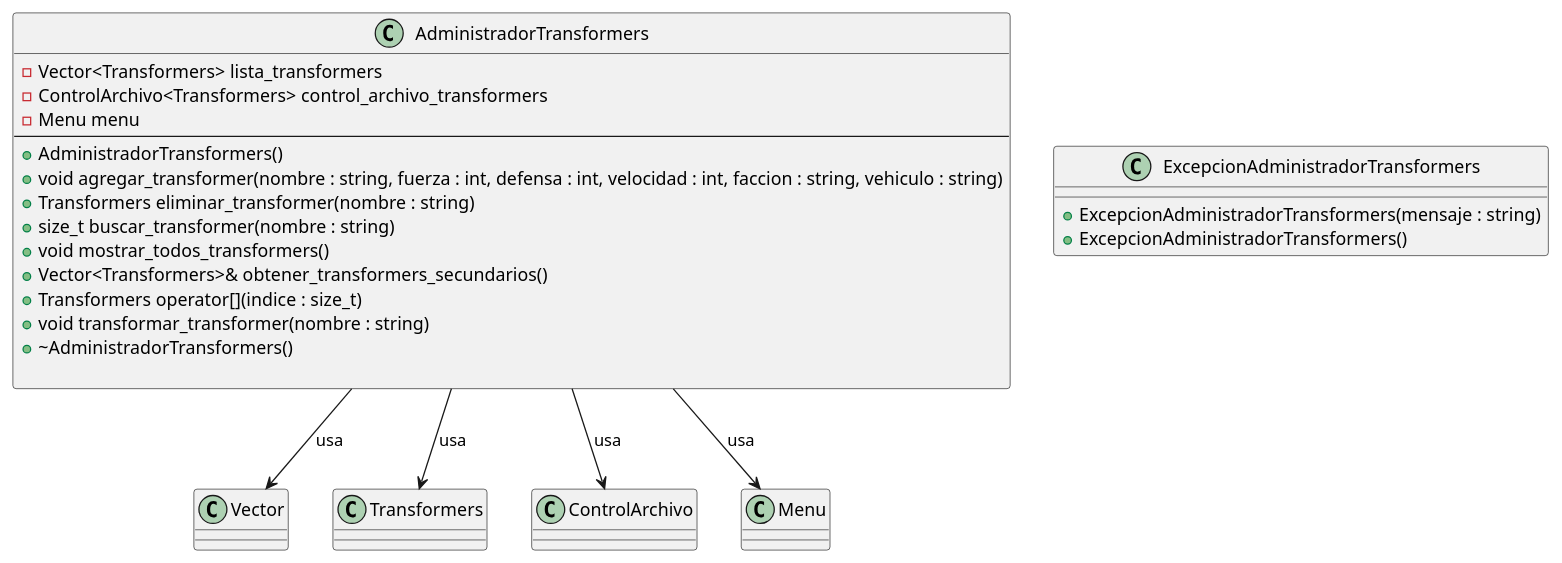
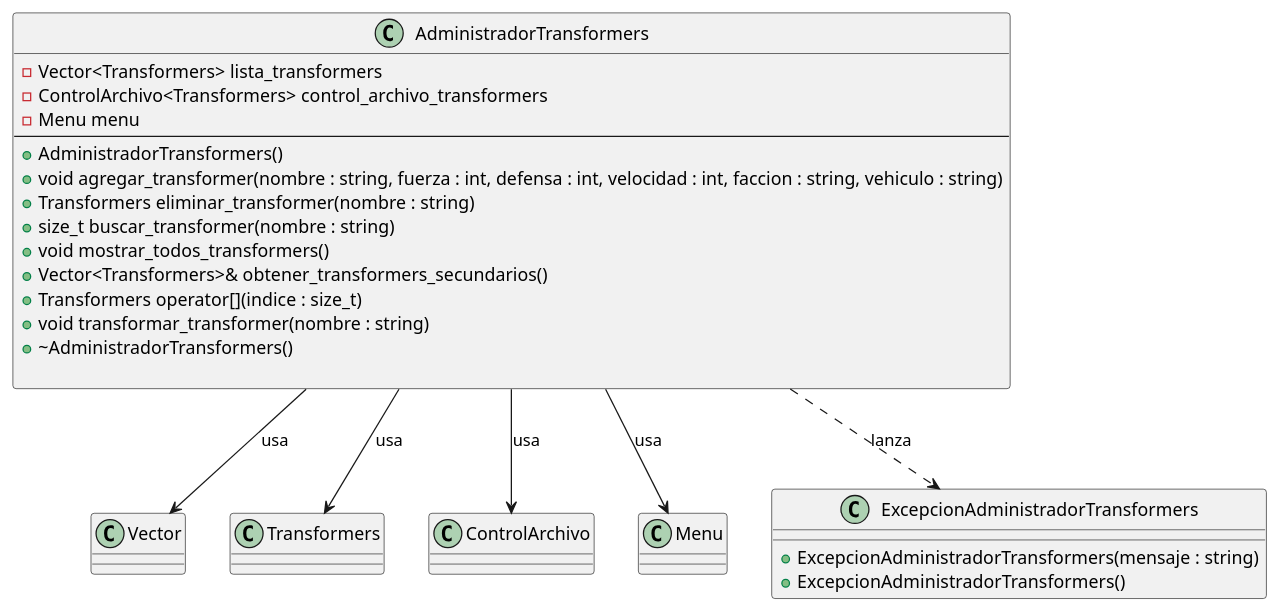
The diagram in Diagramas-UML/AdminTransformers.puml (guillsil/Transformers-Game), drawn with PlantUML before and after one commit. The commit also changed 3 other files, not shown here.

```diff
--- a/Diagramas-UML/AdminTransformers.puml
+++ b/Diagramas-UML/AdminTransformers.puml
@@ -1,35 +1,36 @@
 @startuml
 'https://plantuml.com/class-diagram
 class Vector
 class Transformers
 class ControlArchivo
 class Menu
 
 class ExcepcionAdministradorTransformers {
     + ExcepcionAdministradorTransformers(mensaje : string)
     + ExcepcionAdministradorTransformers()
 }
 
 class AdministradorTransformers{
     - Vector<Transformers> lista_transformers
     - ControlArchivo<Transformers> control_archivo_transformers
     - Menu menu
     ---
     + AdministradorTransformers()
     + void agregar_transformer(nombre : string, fuerza : int, defensa : int, velocidad : int, faccion : string, vehiculo : string)
     + Transformers eliminar_transformer(nombre : string)
     + size_t buscar_transformer(nombre : string)
     + void mostrar_todos_transformers()
     + Vector<Transformers>& obtener_transformers_secundarios()
     + Transformers operator[](indice : size_t)
     + void transformar_transformer(nombre : string)
     + ~AdministradorTransformers()
 
 }
 
 ' Relaciones
 AdministradorTransformers --> Vector : "usa"
 AdministradorTransformers --> Transformers : "usa"
 AdministradorTransformers --> ControlArchivo : "usa"
 AdministradorTransformers --> Menu : "usa"
+AdministradorTransformers ..> ExcepcionAdministradorTransformers : "lanza"
 @enduml
```
